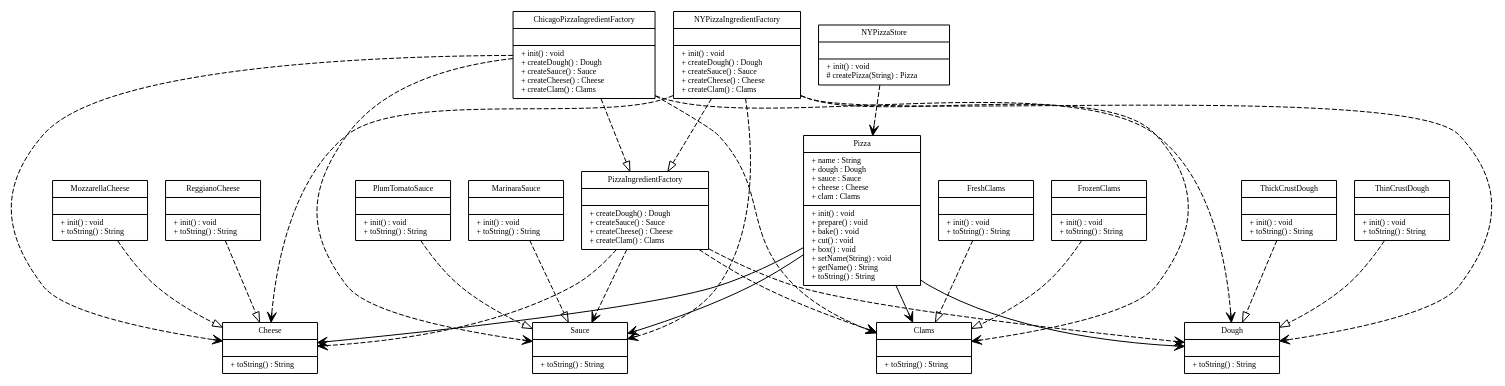
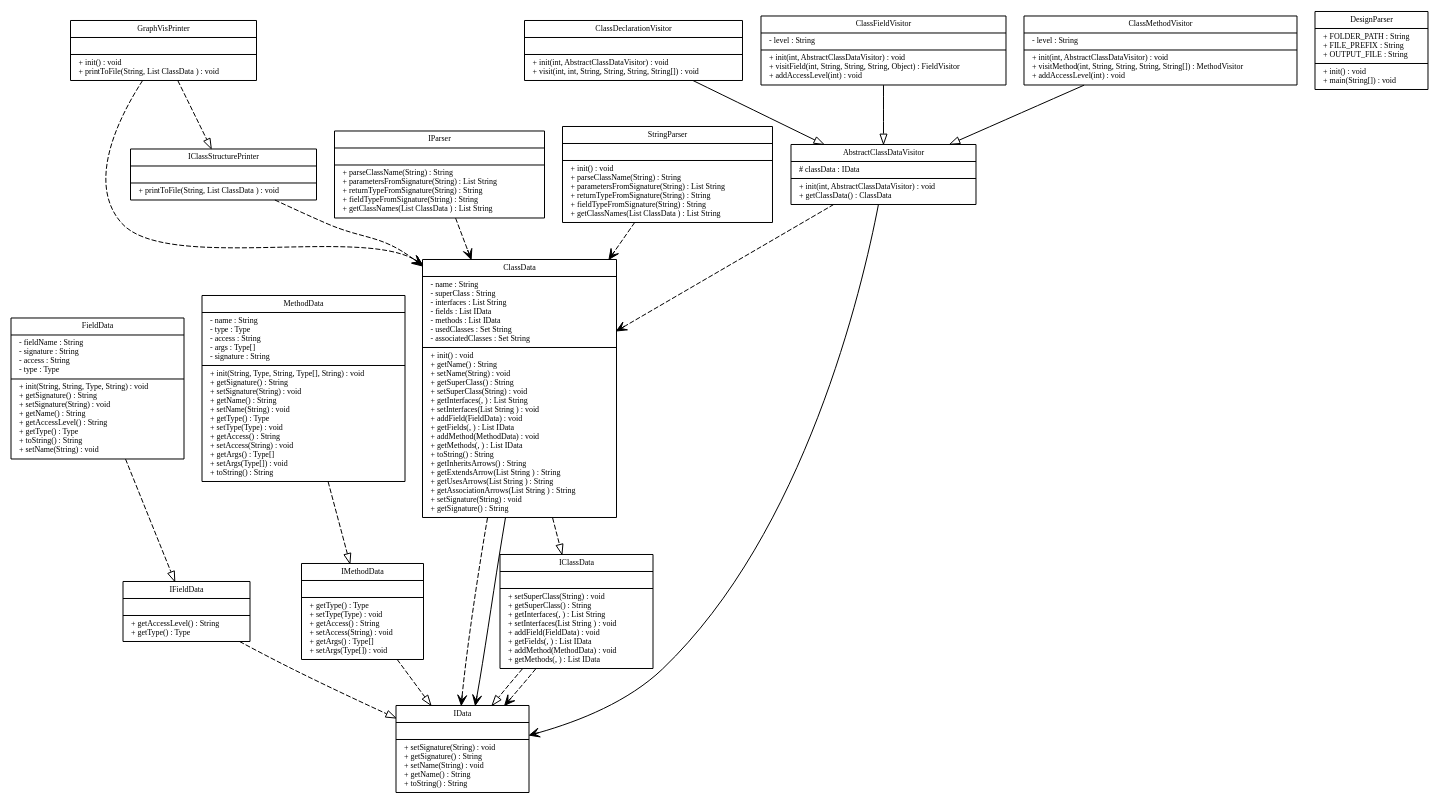
The diagram in input_output/Diagram.gv (LoganErexson/CSSE374TeamProject), drawn with Graphviz before and after one commit. The commit also changed 2 other files, not shown here.

Commit message:
IParser was determined unneccessary

```diff
--- a/input_output/Diagram.gv
+++ b/input_output/Diagram.gv
@@ -9,118 +9,53 @@
 fontname = "Bitstream Vera Sans"
 fontsize =8
 ]
-Cheese [
-label = "{Cheese||+ toString() : String\l}"
+AbstractClassDataVisitor [
+label = "{AbstractClassDataVisitor|# classData : IData\l|+ init(int, AbstractClassDataVisitor) : void\l+ getClassData() : ClassData\l}"
 ]
 edge [ 
 arrowhead = "vee"
 style = "dashed"
 ]
-ChicagoPizzaIngredientFactory [
-label = "{ChicagoPizzaIngredientFactory||+ init() : void\l+ createDough() : Dough\l+ createSauce() : Sauce\l+ createCheese() : Cheese\l+ createClam() : Clams\l}"
+AbstractClassDataVisitor -> ClassData
+edge [ 
+arrowhead = "vee"
+style = "solid"
+]
+AbstractClassDataVisitor -> IData
+ClassData [
+label = "{ClassData|- name : String\l- superClass : String\l- interfaces : List String\l- fields : List IData\l- methods : List IData\l- usedClasses : Set String\l- associatedClasses : Set String\l|+ init() : void\l+ getName() : String\l+ setName(String) : void\l+ getSuperClass() : String\l+ setSuperClass(String) : void\l+ getInterfaces(, ) : List String\l+ setInterfaces(List String ) : void\l+ addField(FieldData) : void\l+ getFields(, ) : List IData\l+ addMethod(MethodData) : void\l+ getMethods(, ) : List IData\l+ toString() : String\l+ getInheritsArrows() : String\l+ getExtendsArrow(List String ) : String\l+ getUsesArrows(List String ) : String\l+ getAssociationArrows(List String ) : String\l+ setSignature(String) : void\l+ getSignature() : String\l}"
 ]
 edge [ 
 arrowhead = "empty"
 style = "dashed"
 ]
-ChicagoPizzaIngredientFactory -> PizzaIngredientFactory
+ClassData -> IClassData
 edge [ 
 arrowhead = "vee"
 style = "dashed"
 ]
-ChicagoPizzaIngredientFactory -> Sauce
-ChicagoPizzaIngredientFactory -> Dough
-ChicagoPizzaIngredientFactory -> Cheese
-ChicagoPizzaIngredientFactory -> Clams
-Clams [
-label = "{Clams||+ toString() : String\l}"
-]
+ClassData -> IData
 edge [ 
 arrowhead = "vee"
-style = "dashed"
+style = "solid"
 ]
-Dough [
-label = "{Dough||+ toString() : String\l}"
-]
-edge [ 
-arrowhead = "vee"
-style = "dashed"
-]
-FreshClams [
-label = "{FreshClams||+ init() : void\l+ toString() : String\l}"
+ClassData -> IData
+ClassDeclarationVisitor [
+label = "{ClassDeclarationVisitor||+ init(int, AbstractClassDataVisitor) : void\l+ visit(int, int, String, String, String, String[]) : void\l}"
 ]
 edge [ 
 arrowhead = "empty"
-style = "dashed"
+style = "solid"
 ]
-FreshClams -> Clams
-edge [ 
-arrowhead = "vee"
-style = "dashed"
-]
-FrozenClams [
-label = "{FrozenClams||+ init() : void\l+ toString() : String\l}"
+ClassDeclarationVisitor -> AbstractClassDataVisitor
+ClassFieldVisitor [
+label = "{ClassFieldVisitor|- level : String\l|+ init(int, AbstractClassDataVisitor) : void\l+ visitField(int, String, String, String, Object) : FieldVisitor\l+ addAccessLevel(int) : void\l}"
 ]
 edge [ 
 arrowhead = "empty"
-style = "dashed"
+style = "solid"
 ]
-FrozenClams -> Clams
-edge [ 
-arrowhead = "vee"
-style = "dashed"
-]
-MarinaraSauce [
-label = "{MarinaraSauce||+ init() : void\l+ toString() : String\l}"
-]
-edge [ 
-arrowhead = "empty"
-style = "dashed"
-]
-MarinaraSauce -> Sauce
-edge [ 
-arrowhead = "vee"
-style = "dashed"
-]
-MozzarellaCheese [
-label = "{MozzarellaCheese||+ init() : void\l+ toString() : String\l}"
-]
-edge [ 
-arrowhead = "empty"
-style = "dashed"
-]
-MozzarellaCheese -> Cheese
-edge [ 
-arrowhead = "vee"
-style = "dashed"
-]
-NYPizzaIngredientFactory [
-label = "{NYPizzaIngredientFactory||+ init() : void\l+ createDough() : Dough\l+ createSauce() : Sauce\l+ createCheese() : Cheese\l+ createClam() : Clams\l}"
-]
-edge [ 
-arrowhead = "empty"
-style = "dashed"
-]
-NYPizzaIngredientFactory -> PizzaIngredientFactory
-edge [ 
-arrowhead = "vee"
-style = "dashed"
-]
-NYPizzaIngredientFactory -> Sauce
-NYPizzaIngredientFactory -> Dough
-NYPizzaIngredientFactory -> Cheese
-NYPizzaIngredientFactory -> Clams
-NYPizzaStore [
-label = "{NYPizzaStore||+ init() : void\l# createPizza(String) : Pizza\l}"
-]
-edge [ 
-arrowhead = "vee"
-style = "dashed"
-]
-NYPizzaStore -> Pizza
-Pizza [
-label = "{Pizza|+ name : String\l+ dough : Dough\l+ sauce : Sauce\l+ cheese : Cheese\l+ clam : Clams\l|+ init() : void\l+ prepare() : void\l+ bake() : void\l+ cut() : void\l+ box() : void\l+ setName(String) : void\l+ getName() : String\l+ toString() : String\l}"
-]
+ClassFieldVisitor -> AbstractClassDataVisitor
 edge [ 
 arrowhead = "vee"
 style = "dashed"
@@ -129,74 +64,140 @@
 arrowhead = "vee"
 style = "solid"
 ]
-Pizza -> Sauce
-Pizza -> Dough
-Pizza -> Cheese
-Pizza -> Clams
-PizzaIngredientFactory [
-label = "{PizzaIngredientFactory||+ createDough() : Dough\l+ createSauce() : Sauce\l+ createCheese() : Cheese\l+ createClam() : Clams\l}"
+ClassMethodVisitor [
+label = "{ClassMethodVisitor|- level : String\l|+ init(int, AbstractClassDataVisitor) : void\l+ visitMethod(int, String, String, String, String[]) : MethodVisitor\l+ addAccessLevel(int) : void\l}"
+]
+edge [ 
+arrowhead = "empty"
+style = "solid"
+]
+ClassMethodVisitor -> AbstractClassDataVisitor
+edge [ 
+arrowhead = "vee"
+style = "dashed"
+]
+edge [ 
+arrowhead = "vee"
+style = "solid"
+]
+DesignParser [
+label = "{DesignParser|+ FOLDER_PATH : String\l+ FILE_PREFIX : String\l+ OUTPUT_FILE : String\l|+ init() : void\l+ main(String[]) : void\l}"
+]
+edge [ 
+arrowhead = "vee"
+style = "solid"
+]
+FieldData [
+label = "{FieldData|- fieldName : String\l- signature : String\l- access : String\l- type : Type\l|+ init(String, String, Type, String) : void\l+ getSignature() : String\l+ setSignature(String) : void\l+ getName() : String\l+ getAccessLevel() : String\l+ getType() : Type\l+ toString() : String\l+ setName(String) : void\l}"
+]
+edge [ 
+arrowhead = "empty"
+style = "dashed"
+]
+FieldData -> IFieldData
+edge [ 
+arrowhead = "vee"
+style = "dashed"
+]
+edge [ 
+arrowhead = "vee"
+style = "solid"
+]
+GraphVisPrinter [
+label = "{GraphVisPrinter||+ init() : void\l+ printToFile(String, List ClassData ) : void\l}"
+]
+edge [ 
+arrowhead = "empty"
+style = "dashed"
+]
+GraphVisPrinter -> IClassStructurePrinter
+edge [ 
+arrowhead = "vee"
+style = "dashed"
+]
+GraphVisPrinter -> ClassData
+IClassData [
+label = "{IClassData||+ setSuperClass(String) : void\l+ getSuperClass() : String\l+ getInterfaces(, ) : List String\l+ setInterfaces(List String ) : void\l+ addField(FieldData) : void\l+ getFields(, ) : List IData\l+ addMethod(MethodData) : void\l+ getMethods(, ) : List IData\l}"
+]
+edge [ 
+arrowhead = "empty"
+style = "dashed"
+]
+IClassData -> IData
+edge [ 
+arrowhead = "vee"
+style = "dashed"
+]
+IClassData -> IData
+IClassStructurePrinter [
+label = "{IClassStructurePrinter||+ printToFile(String, List ClassData ) : void\l}"
 ]
 edge [ 
 arrowhead = "vee"
 style = "dashed"
 ]
-PizzaIngredientFactory -> Sauce
-PizzaIngredientFactory -> Dough
-PizzaIngredientFactory -> Cheese
-PizzaIngredientFactory -> Clams
-PlumTomatoSauce [
-label = "{PlumTomatoSauce||+ init() : void\l+ toString() : String\l}"
+IClassStructurePrinter -> ClassData
+IData [
+label = "{IData||+ setSignature(String) : void\l+ getSignature() : String\l+ setName(String) : void\l+ getName() : String\l+ toString() : String\l}"
+]
+edge [ 
+arrowhead = "vee"
+style = "dashed"
+]
+IFieldData [
+label = "{IFieldData||+ getAccessLevel() : String\l+ getType() : Type\l}"
 ]
 edge [ 
 arrowhead = "empty"
 style = "dashed"
 ]
-PlumTomatoSauce -> Sauce
+IFieldData -> IData
 edge [ 
 arrowhead = "vee"
 style = "dashed"
 ]
-ReggianoCheese [
-label = "{ReggianoCheese||+ init() : void\l+ toString() : String\l}"
+IMethodData [
+label = "{IMethodData||+ getType() : Type\l+ setType(Type) : void\l+ getAccess() : String\l+ setAccess(String) : void\l+ getArgs() : Type[]\l+ setArgs(Type[]) : void\l}"
 ]
 edge [ 
 arrowhead = "empty"
 style = "dashed"
 ]
-ReggianoCheese -> Cheese
+IMethodData -> IData
 edge [ 
 arrowhead = "vee"
 style = "dashed"
 ]
-Sauce [
-label = "{Sauce||+ toString() : String\l}"
+IParser [
+label = "{IParser||+ parseClassName(String) : String\l+ parametersFromSignature(String) : List String\l+ returnTypeFromSignature(String) : String\l+ fieldTypeFromSignature(String) : String\l+ getClassNames(List ClassData ) : List String\l}"
 ]
 edge [ 
 arrowhead = "vee"
 style = "dashed"
 ]
-ThickCrustDough [
-label = "{ThickCrustDough||+ init() : void\l+ toString() : String\l}"
+IParser -> ClassData
+MethodData [
+label = "{MethodData|- name : String\l- type : Type\l- access : String\l- args : Type[]\l- signature : String\l|+ init(String, Type, String, Type[], String) : void\l+ getSignature() : String\l+ setSignature(String) : void\l+ getName() : String\l+ setName(String) : void\l+ getType() : Type\l+ setType(Type) : void\l+ getAccess() : String\l+ setAccess(String) : void\l+ getArgs() : Type[]\l+ setArgs(Type[]) : void\l+ toString() : String\l}"
 ]
 edge [ 
 arrowhead = "empty"
 style = "dashed"
 ]
-ThickCrustDough -> Dough
+MethodData -> IMethodData
 edge [ 
 arrowhead = "vee"
 style = "dashed"
 ]
-ThinCrustDough [
-label = "{ThinCrustDough||+ init() : void\l+ toString() : String\l}"
+edge [ 
+arrowhead = "vee"
+style = "solid"
 ]
-edge [ 
-arrowhead = "empty"
-style = "dashed"
+StringParser [
+label = "{StringParser||+ init() : void\l+ parseClassName(String) : String\l+ parametersFromSignature(String) : List String\l+ returnTypeFromSignature(String) : String\l+ fieldTypeFromSignature(String) : String\l+ getClassNames(List ClassData ) : List String\l}"
 ]
-ThinCrustDough -> Dough
 edge [ 
 arrowhead = "vee"
 style = "dashed"
 ]
+StringParser -> ClassData
 }
```
